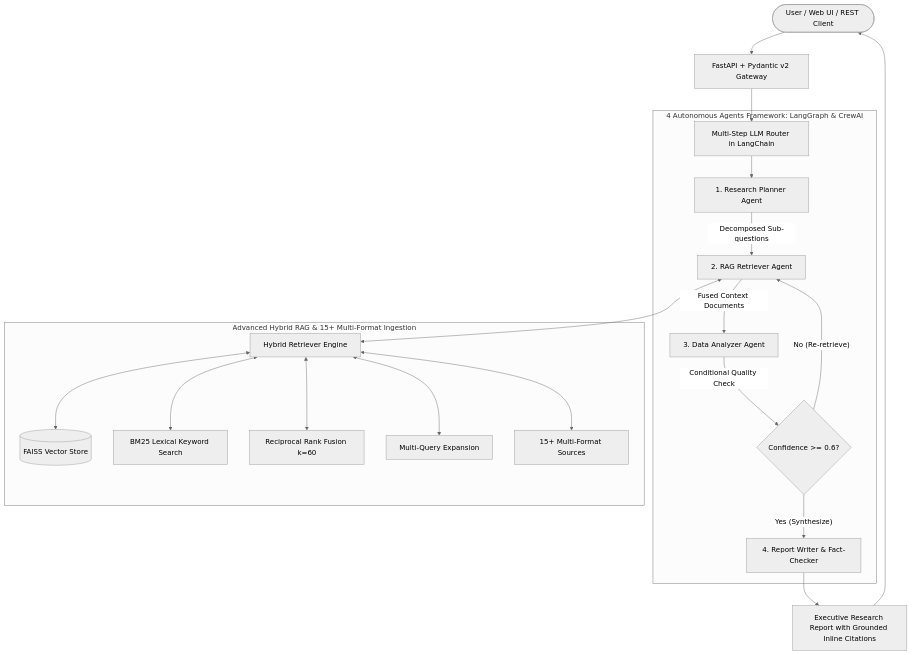
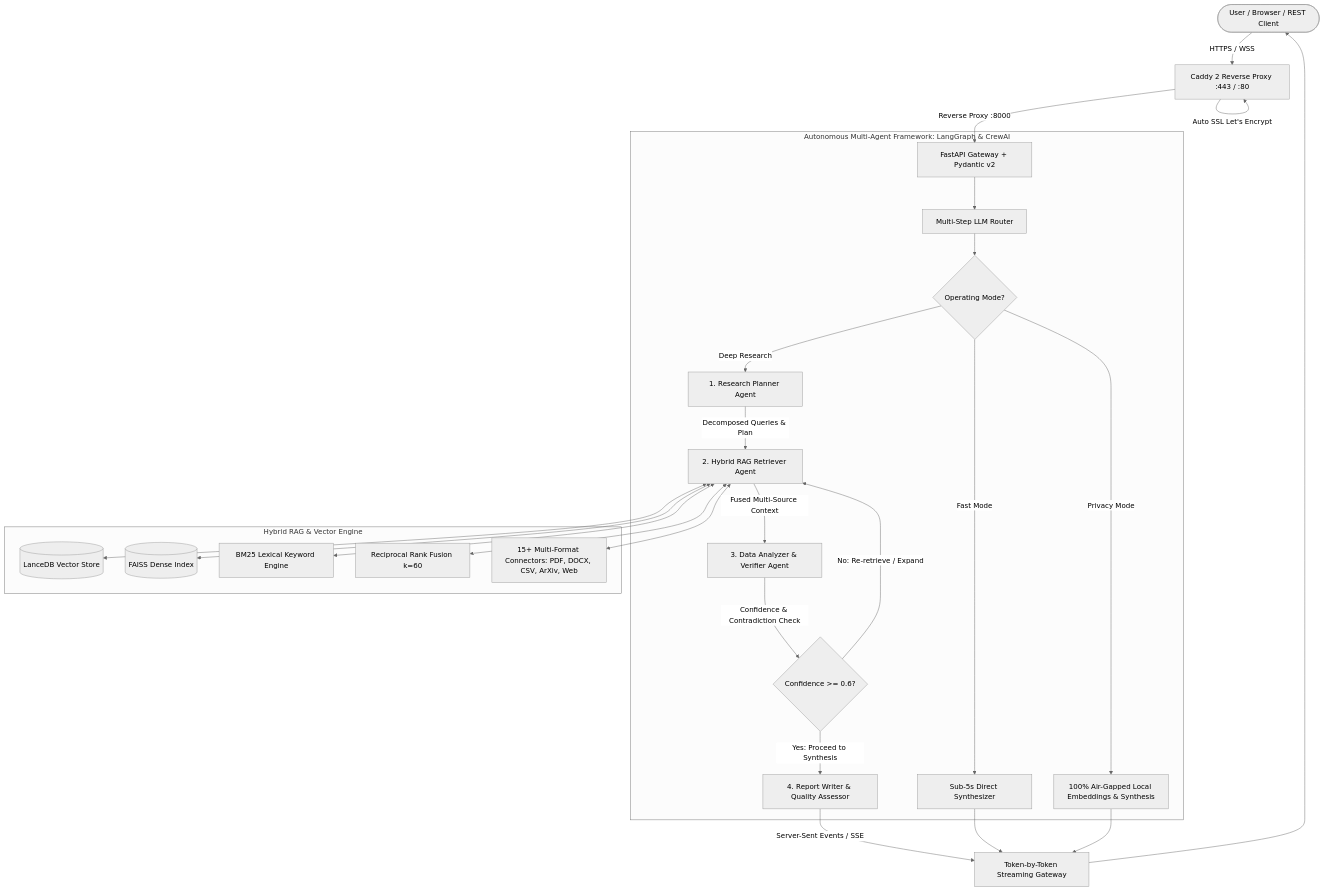
Before and after one commit to smit45-m/multi-agent-research-assistant: the diagram in README.md, drawn with Mermaid (neutral theme). The commit also changed other lines of this file and 8 other files, not shown here.

````diff
--- a/README.md
+++ b/README.md
@@ -55,26 +47,35 @@
 ```mermaid
-graph TD
-    User([User / Web UI / REST Client]) --> API[FastAPI + Pydantic v2 Gateway]
-    API --> Router[Multi-Step LLM Router in LangChain]
-    
-    subgraph MultiAgent [4 Autonomous Agents Framework: LangGraph & CrewAI]
-        Router --> Agent1[1. Research Planner Agent]
-        Agent1 -->|Decomposed Sub-questions| Agent2[2. RAG Retriever Agent]
-        Agent2 -->|Fused Context Documents| Agent3[3. Data Analyzer Agent]
-        Agent3 -->|Conditional Quality Check| EvalEdge{Confidence >= 0.6?}
-        EvalEdge -- No (Re-retrieve) --> Agent2
-        EvalEdge -- Yes (Synthesize) --> Agent4[4. Report Writer & Fact-Checker]
+flowchart TD
+    User([User / Browser / REST Client]) -->|HTTPS / WSS| Caddy[Caddy 2 Reverse Proxy :443 / :80]
+    Caddy -->|Auto SSL Let's Encrypt| Caddy
+    Caddy -->|Reverse Proxy :8000| FastAPI[FastAPI Gateway + Pydantic v2]
+
+    subgraph Orchestrator [Autonomous Multi-Agent Framework: LangGraph & CrewAI]
+        FastAPI --> Router[Multi-Step LLM Router]
+        Router --> ModeChoice{Operating Mode?}
+        
+        ModeChoice -->|Fast Mode| DirectLLM[Sub-5s Direct Synthesizer]
+        ModeChoice -->|Privacy Mode| LocalRAG[100% Air-Gapped Local Embeddings & Synthesis]
+        ModeChoice -->|Deep Research| Agent1[1. Research Planner Agent]
+
+        Agent1 -->|Decomposed Queries & Plan| Agent2[2. Hybrid RAG Retriever Agent]
+        Agent2 -->|Fused Multi-Source Context| Agent3[3. Data Analyzer & Verifier Agent]
+        
+        Agent3 -->|Confidence & Contradiction Check| QualityGate{Confidence >= 0.6?}
+        QualityGate -- No: Re-retrieve / Expand --> Agent2
+        QualityGate -- Yes: Proceed to Synthesis --> Agent4[4. Report Writer & Quality Assessor]
     end
 
-    subgraph RAGPipeline [Advanced Hybrid RAG & 15+ Multi-Format Ingestion]
-        Agent2 <--> Hybrid[Hybrid Retriever Engine]
-        Hybrid <--> Dense[(FAISS Vector Store)]
-        Hybrid <--> Sparse[BM25 Lexical Keyword Search]
-        Hybrid <--> RRF[Reciprocal Rank Fusion k=60]
-        Hybrid <--> MultiQ[Multi-Query Expansion]
-        Hybrid <--> Sources[15+ Multi-Format Sources]
+    subgraph StorageEngine [Hybrid RAG & Vector Engine]
+        Agent2 <--> LanceDB[(LanceDB Vector Store)]
+        Agent2 <--> FAISS[(FAISS Dense Index)]
+        Agent2 <--> BM25[BM25 Lexical Keyword Engine]
+        Agent2 <--> RRF[Reciprocal Rank Fusion k=60]
+        Agent2 <--> Ingestion[15+ Multi-Format Connectors: PDF, DOCX, CSV, ArXiv, Web]
     end
 
-    Agent4 --> Report[Executive Research Report with Grounded Inline Citations]
-    Report --> User
+    Agent4 -->|Server-Sent Events / SSE| Streamer[Token-by-Token Streaming Gateway]
+    DirectLLM --> Streamer
+    LocalRAG --> Streamer
+    Streamer --> User
 ```
````
